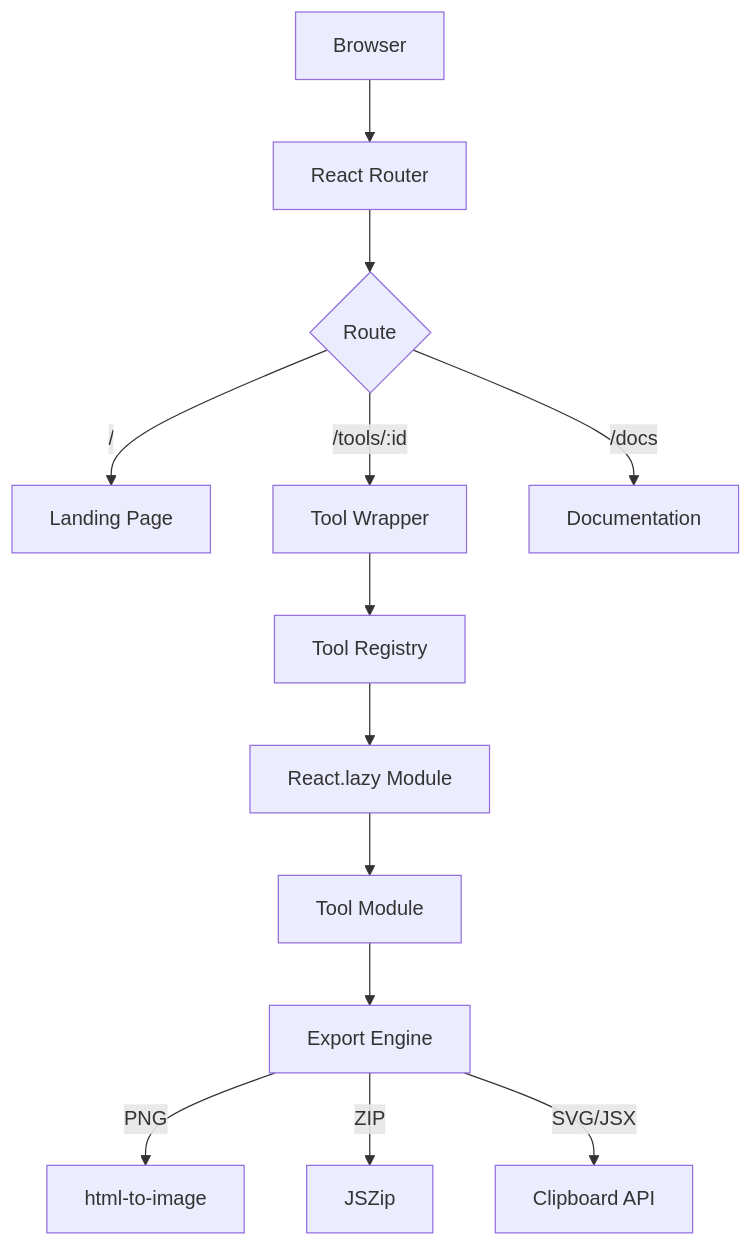
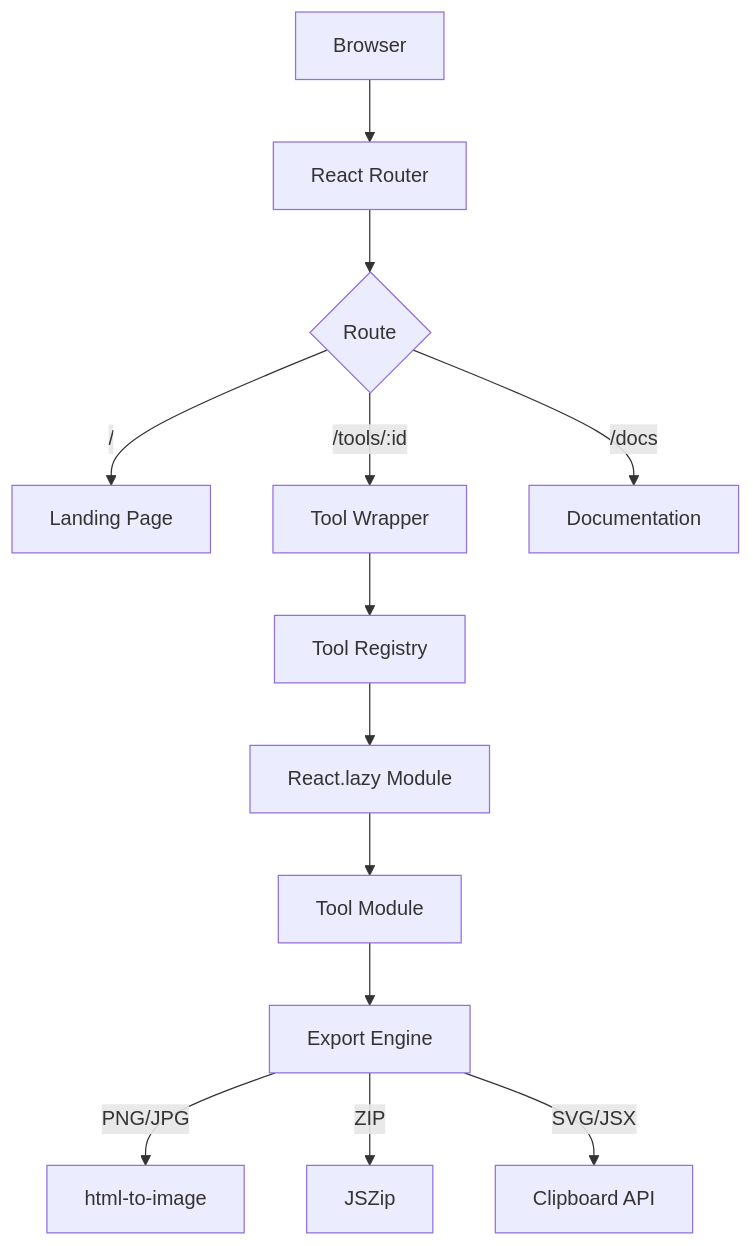
One commit to slythnox/Onyx-Tools changed the first of 2 diagrams in README.md. Above: the diagram before and after it, drawn with Mermaid. The commit also changed other lines of this file and 17 other files, not shown here.

````diff
--- a/README.md
+++ b/README.md
@@ -66,15 +67,15 @@
 ```mermaid
 graph TD
     A[Browser] --> B[React Router]
     B --> C{Route}
     C -->|/| D[Landing Page]
     C -->|/tools/:id| E[Tool Wrapper]
     C -->|/docs| F[Documentation]
     E --> G[Tool Registry]
     G --> H[React.lazy Module]
     H --> I[Tool Module]
     I --> J[Export Engine]
-    J -->|PNG| K[html-to-image]
+    J -->|PNG/JPG| K[html-to-image]
     J -->|ZIP| L[JSZip]
     J -->|SVG/JSX| M[Clipboard API]
 ```
````
